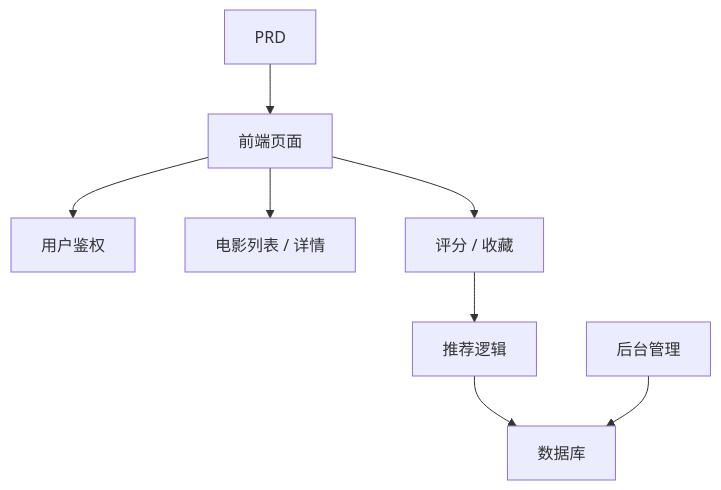
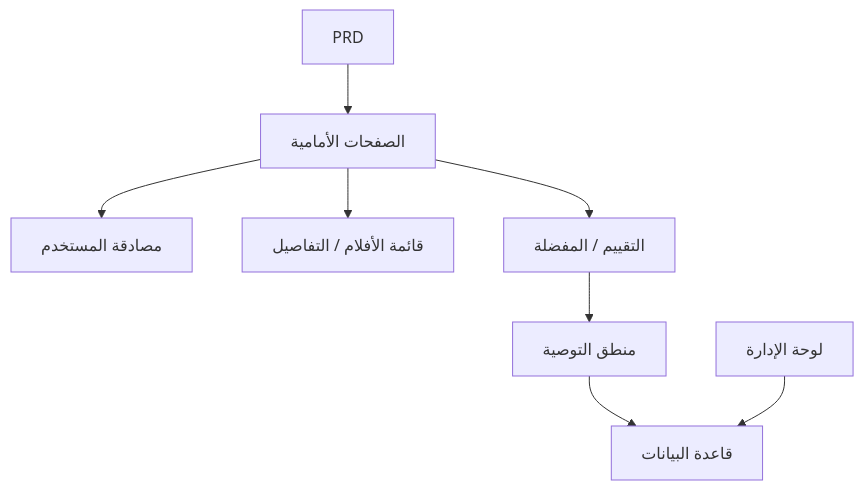
One commit to sketchymonk/easy-vibe changed the diagram in docs/ar-sa/stage-2/assignments/movie-recommendation-springboot/index.md. Above: the diagram before and after it, drawn with Mermaid. The commit also changed other lines of this file and 59 other files, not shown here.

````diff
--- a/docs/ar-sa/stage-2/assignments/movie-recommendation-springboot/index.md
+++ b/docs/ar-sa/stage-2/assignments/movie-recommendation-springboot/index.md
@@ -71,10 +71,10 @@
 ```mermaid
 flowchart TD
-  prd["PRD"] --> web["前端页面"]
-  web --> auth["用户鉴权"]
-  web --> movie["电影列表 / 详情"]
-  web --> behavior["评分 / 收藏"]
-  behavior --> reco["推荐逻辑"]
-  reco --> db["数据库"]
-  admin["后台管理"] --> db
+  prd["PRD"] --> web["الصفحات الأمامية"]
+  web --> auth["مصادقة المستخدم"]
+  web --> movie["قائمة الأفلام / التفاصيل"]
+  web --> behavior["التقييم / المفضلة"]
+  behavior --> reco["منطق التوصية"]
+  reco --> db["قاعدة البيانات"]
+  admin["لوحة الإدارة"] --> db
 ```
````
